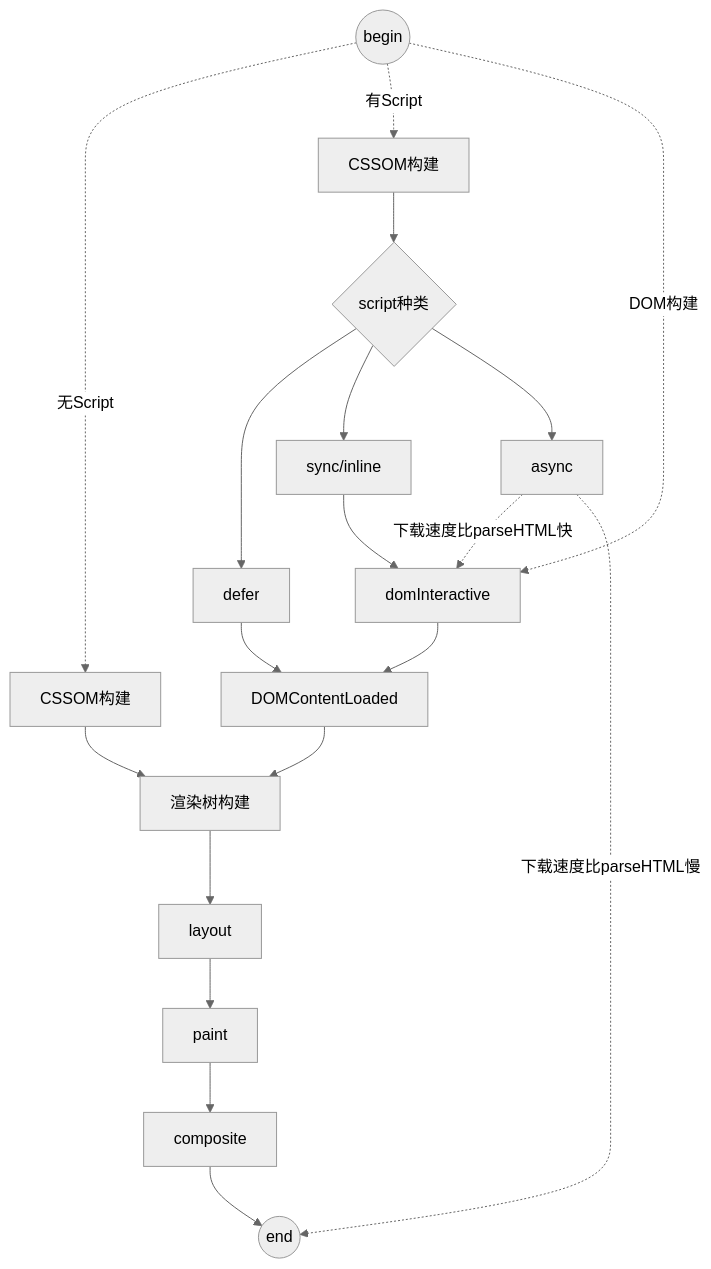
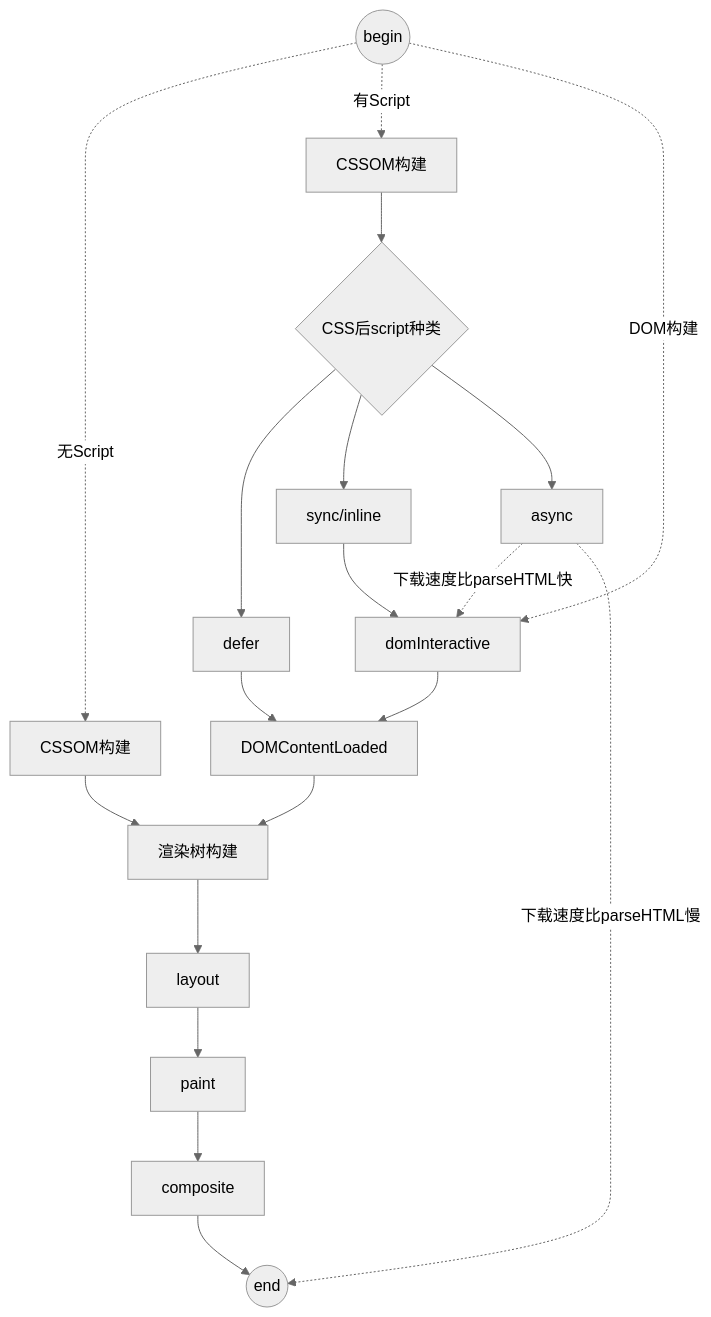
The diagram in 2020-02-24-browser.md (pbdm/posts), drawn with Mermaid (neutral theme) before and after one commit. The commit also changed other lines of this file and 2 other files, not shown here.

````diff
--- a/2020-02-24-browser.md
+++ b/2020-02-24-browser.md
@@ -43,28 +43,28 @@
 ```mermaid
 graph TD
 E(("end"))
 B(("begin"))
-typescript{script种类}
+typescript{CSS后script种类}
 hasjsCSSOM[CSSOM构建]
 nojsCSSOM[CSSOM构建]
 
 B -.无Script.-> nojsCSSOM
 B -.有Script.-> hasjsCSSOM
 B -.DOM构建.-> domInteractive
 nojsCSSOM --> 渲染树构建
 hasjsCSSOM --> typescript
 typescript --> defer
 typescript --> sync/inline
 typescript --> async
 defer --> DOMContentLoaded
 sync/inline --> domInteractive
 async -.下载速度比parseHTML快.-> domInteractive
 async -.下载速度比parseHTML慢.-> E
 domInteractive --> DOMContentLoaded
 DOMContentLoaded --> 渲染树构建
 渲染树构建 --> layout
 layout --> paint
 paint --> composite
 composite --> E
 
 ```
````
